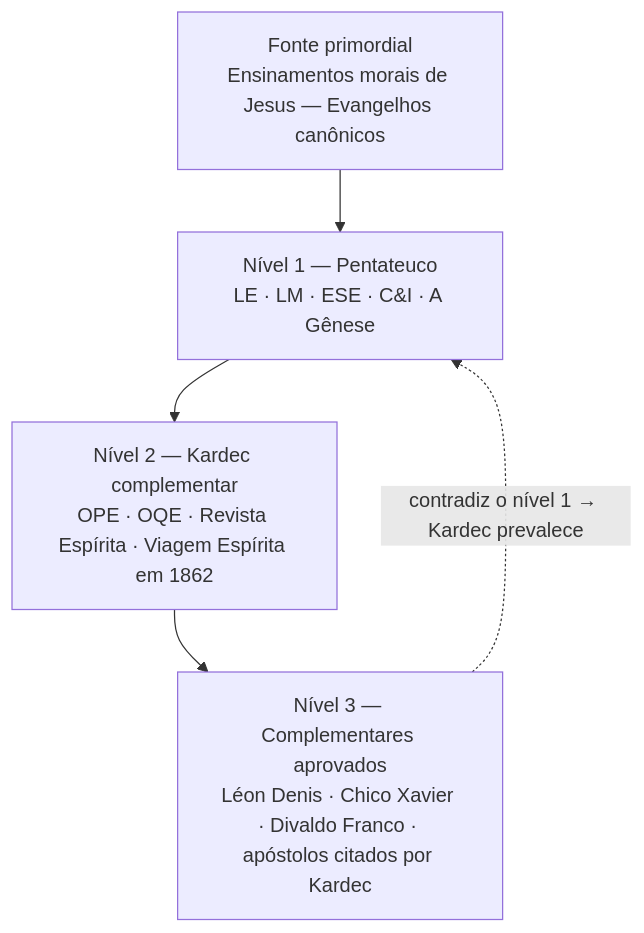
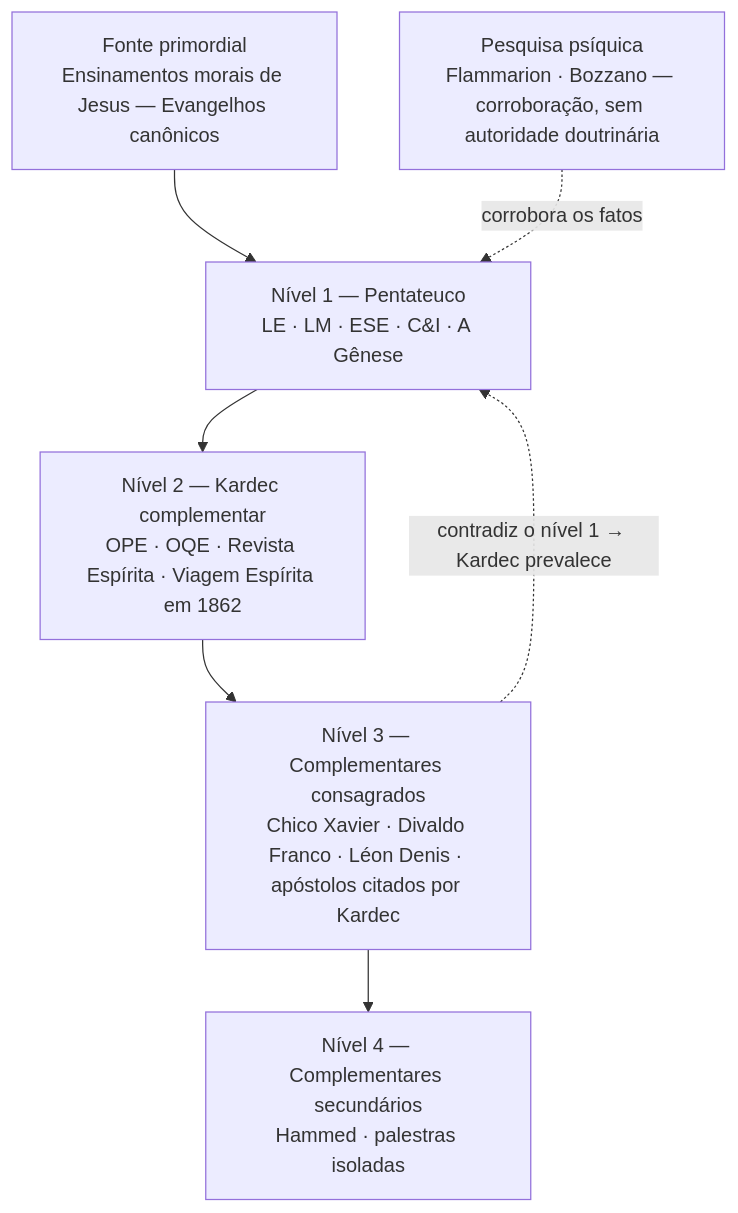
Before and after one commit to gabrielgmendonca/isabel-wiki: the diagram in wiki/sinteses/hierarquia-de-autoridade.md, drawn with Mermaid. The commit also changed other lines of this file and 2 other files, not shown here.

First line of the commit message:
hierarquia: alinha ao CLAUDE.md (níveis 3, 4 e pesquisa psíquica) e corrige aspas

````diff
--- a/wiki/sinteses/hierarquia-de-autoridade.md
+++ b/wiki/sinteses/hierarquia-de-autoridade.md
@@ -31,10 +33,13 @@
 ```mermaid
 graph TD
     P["Fonte primordial<br/>Ensinamentos morais de Jesus — Evangelhos canônicos"]
     N1["Nível 1 — Pentateuco<br/>LE · LM · ESE · C&I · A Gênese"]
     N2["Nível 2 — Kardec complementar<br/>OPE · OQE · Revista Espírita · Viagem Espírita em 1862"]
-    N3["Nível 3 — Complementares aprovados<br/>Léon Denis · Chico Xavier · Divaldo Franco · apóstolos citados por Kardec"]
+    N3["Nível 3 — Complementares consagrados<br/>Chico Xavier · Divaldo Franco · Léon Denis · apóstolos citados por Kardec"]
+    N4["Nível 4 — Complementares secundários<br/>Hammed · palestras isoladas"]
+    PP["Pesquisa psíquica<br/>Flammarion · Bozzano — corroboração, sem autoridade doutrinária"]
 
-    P --> N1 --> N2 --> N3
+    P --> N1 --> N2 --> N3 --> N4
     N3 -.->|"contradiz o nível 1 → Kardec prevalece"| N1
+    PP -.->|"corrobora os fatos"| N1
 ```
````
